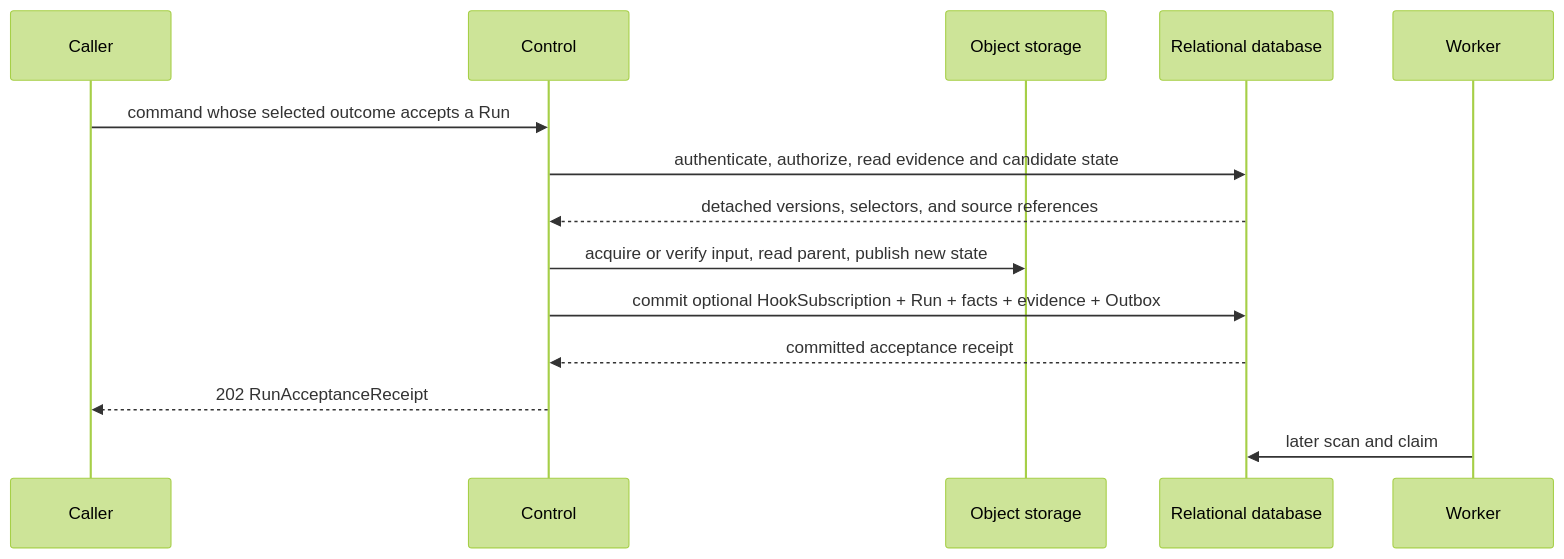
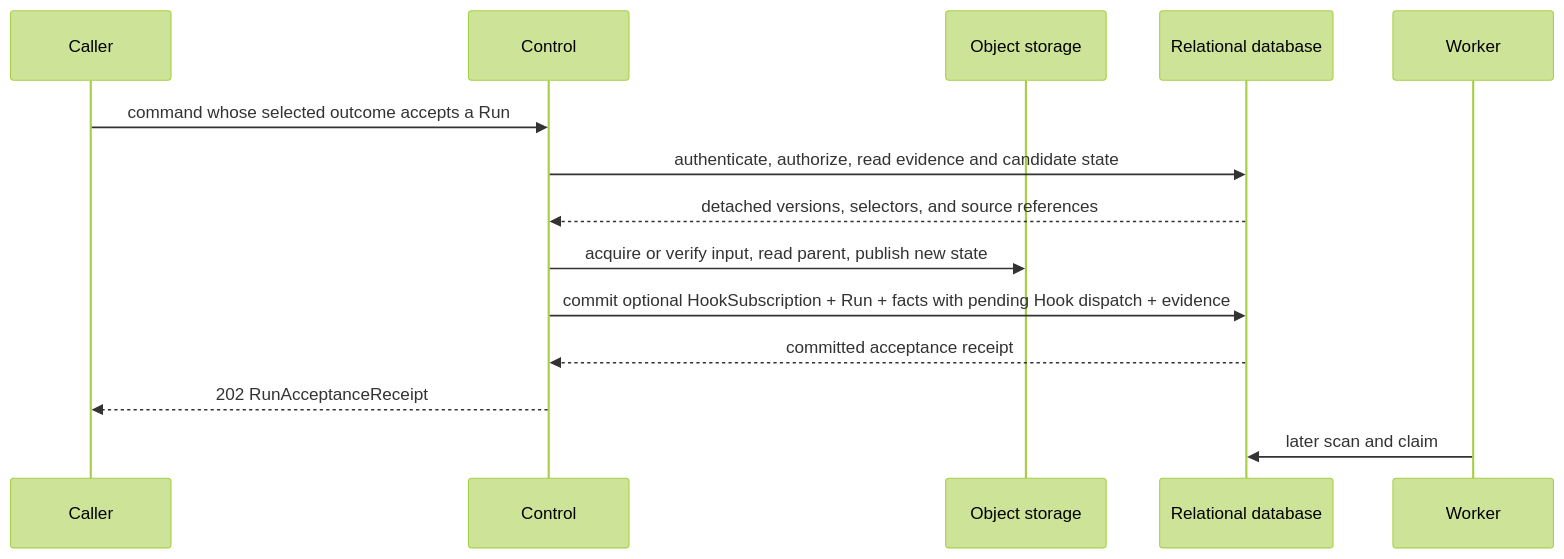
One commit to LTThreeComma/agent-foundation changed the first of 2 diagrams in spec/a13n-service/18-agent-control-input-and-continuation.md. Above: the diagram before and after it, drawn with Mermaid (forest theme). The commit also changed other lines of this file and 47 other files, not shown here.

````diff
--- a/spec/a13n-service/18-agent-control-input-and-continuation.md
+++ b/spec/a13n-service/18-agent-control-input-and-continuation.md
@@ -71,17 +71,17 @@
 ```mermaid
 sequenceDiagram
     participant Caller
     participant Control
     participant Objects as Object storage
     participant DB as Relational database
     participant Worker
 
     Caller->>Control: command whose selected outcome accepts a Run
     Control->>DB: authenticate, authorize, read evidence and candidate state
     DB-->>Control: detached versions, selectors, and source references
     Control->>Objects: acquire or verify input, read parent, publish new state
-    Control->>DB: commit optional HookSubscription + Run + facts + evidence + Outbox
+    Control->>DB: commit optional HookSubscription + Run + facts with pending Hook dispatch + evidence
     DB-->>Control: committed acceptance receipt
     Control-->>Caller: 202 RunAcceptanceReceipt
     Worker->>DB: later scan and claim
 ```
````
